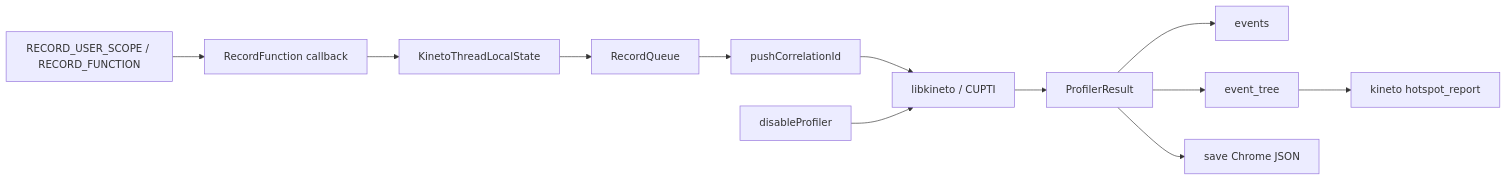
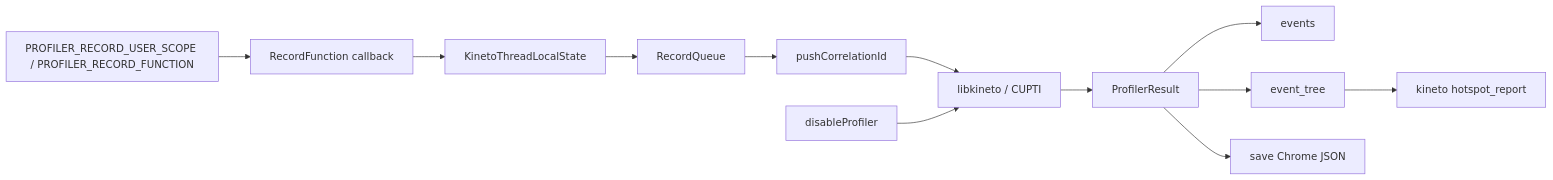
Before and after one commit to KhwarizmiAnalytix/Hisab: the second of 3 diagrams in Docs/profiler/profiler.md, drawn with Mermaid. The commit also changed other lines of this file and 518 other files, not shown here.

````diff
--- a/Docs/profiler/profiler.md
+++ b/Docs/profiler/profiler.md
@@ -350,25 +350,25 @@
 ```mermaid
 flowchart LR
-  rec[RECORD_USER_SCOPE / RECORD_FUNCTION]
+  rec[PROFILER_RECORD_USER_SCOPE / PROFILER_RECORD_FUNCTION]
   cb[RecordFunction callback]
   tls[KinetoThreadLocalState]
   rq[RecordQueue]
   corr[pushCorrelationId]
   cupti[libkineto / CUPTI]
   disable[disableProfiler]
   result[ProfilerResult]
   events[events]
   tree[event_tree]
   save[save Chrome JSON]
   hot[kineto hotspot_report]
 
   rec --> cb --> tls --> rq
   rq --> corr
   corr --> cupti
   disable --> cupti
   cupti --> result
   result --> events
   result --> tree
   result --> save
   tree --> hot
 ```
````
